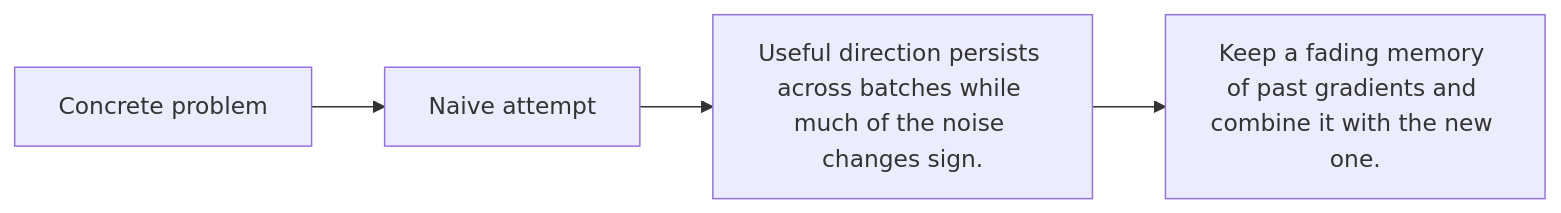
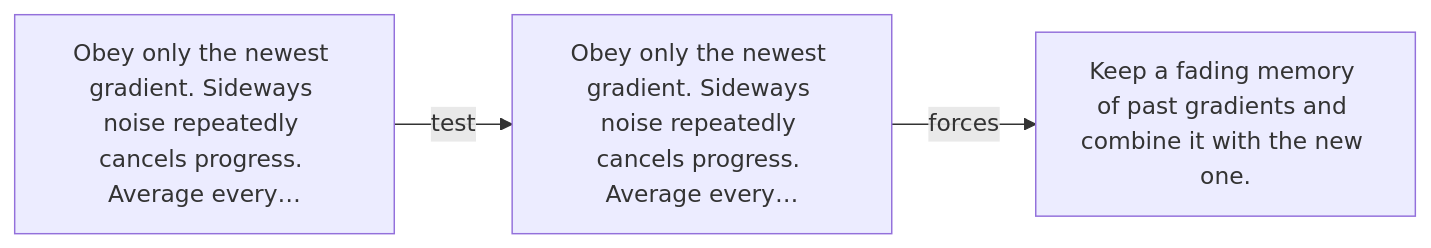
One commit to kleem-labs/AI-Archaeology changed the diagram in excavations/028-momentum/diagram.md. Above: the diagram before and after it, drawn with Mermaid. The commit also changed other lines of this file and 288 other files, not shown here.

````diff
--- a/excavations/028-momentum/diagram.md
+++ b/excavations/028-momentum/diagram.md
@@ -3,4 +5,5 @@
-~~~mermaid
+```mermaid
 flowchart LR
- A["Concrete problem"] --> B["Naive attempt"] --> C["Useful direction persists across batches while much of the noise changes sign."] --> D["Keep a fading memory of past gradients and combine it with the new one."]
-~~~
+    A["Obey only the newest gradient. Sideways noise repeatedly cancels progress. Average every…"] -->|"test"| B["Obey only the newest gradient. Sideways noise repeatedly cancels progress. Average every…"]
+    B -->|"forces"| C["Keep a fading memory of past gradients and combine it with the new one."]
+```
````
